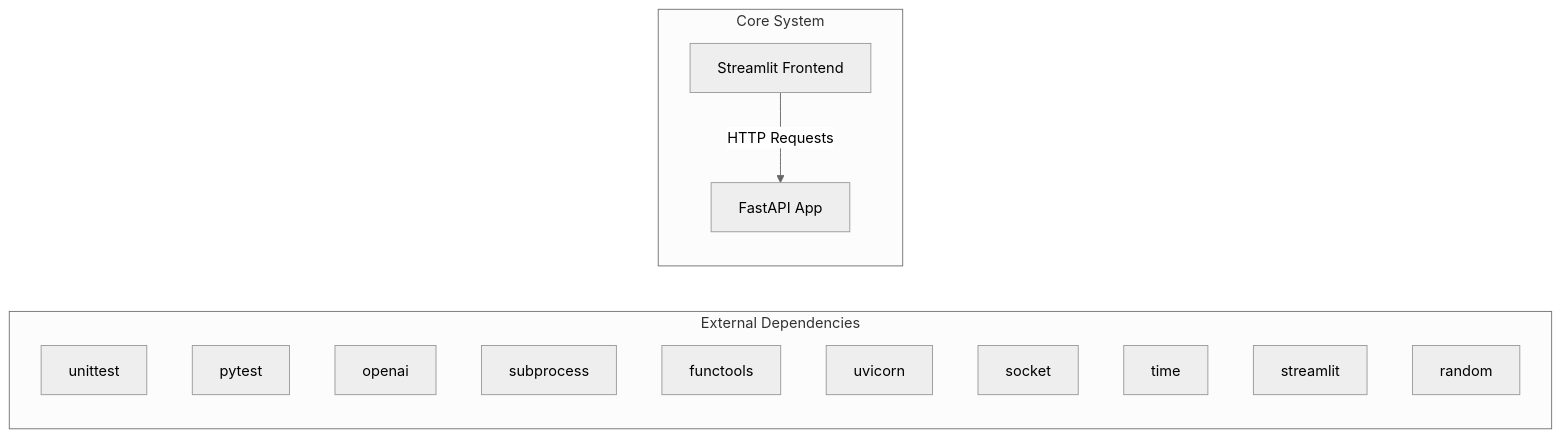
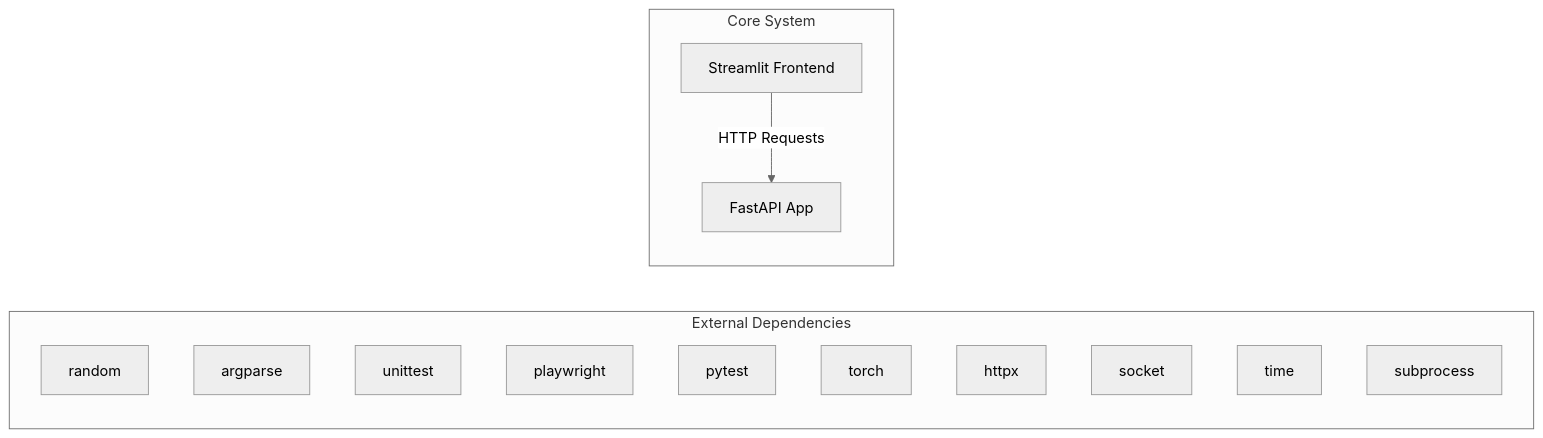
Before and after one commit to NITISH-R-G/rag-context-optimizer: the first of 2 diagrams in docs/architecture.md, drawn with Mermaid (neutral theme). The commit also changed 1 other file, not shown here.

Commit message:
docs: auto-update repository knowledge, architecture diagrams, and documentation

````diff
--- a/docs/architecture.md
+++ b/docs/architecture.md
@@ -7,20 +7,20 @@
 ```mermaid
 graph LR
     subgraph External Dependencies
-        E0["unittest"]
-        E1["pytest"]
-        E2["openai"]
-        E3["subprocess"]
-        E4["functools"]
-        E5["uvicorn"]
-        E6["socket"]
-        E7["time"]
-        E8["streamlit"]
-        E9["random"]
+        E0["random"]
+        E1["argparse"]
+        E2["unittest"]
+        E3["playwright"]
+        E4["pytest"]
+        E5["torch"]
+        E6["httpx"]
+        E7["socket"]
+        E8["time"]
+        E9["subprocess"]
     end
     subgraph Core System
         API["FastAPI App"]
         UI["Streamlit Frontend"]
     end
     UI -->|HTTP Requests| API
 ```
````
